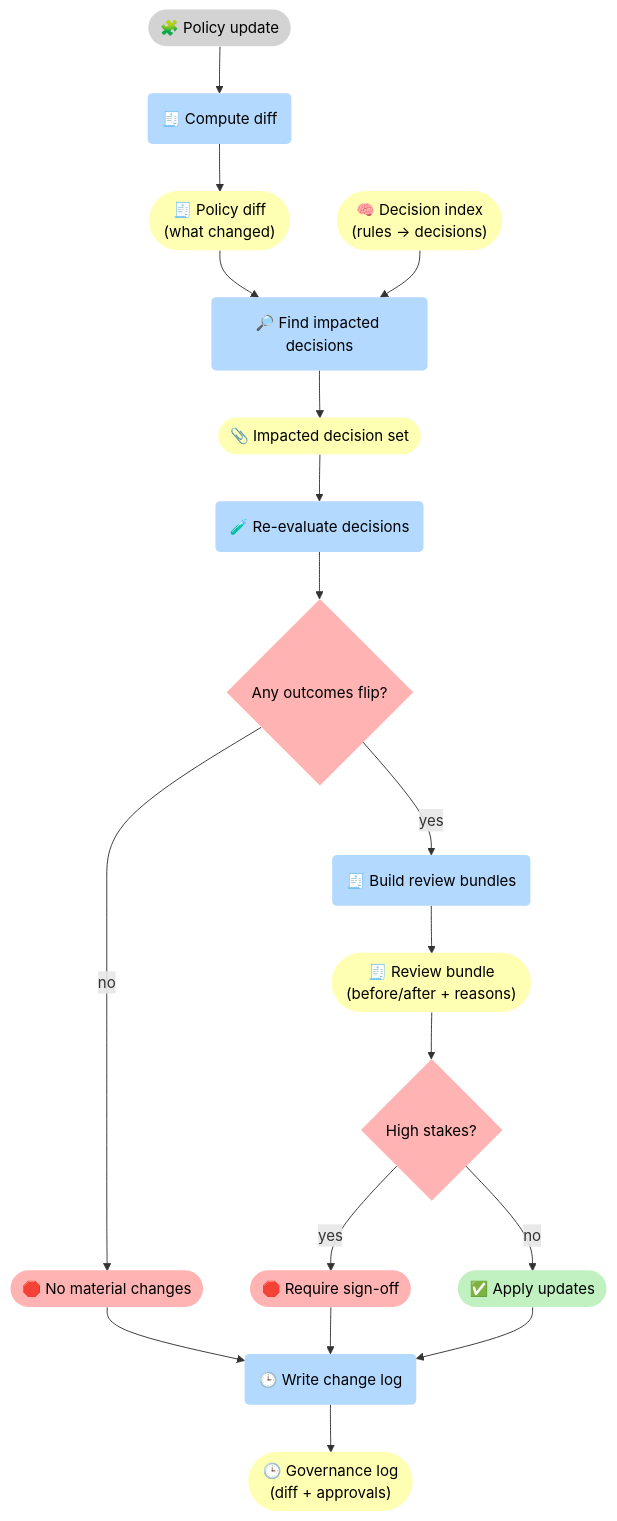
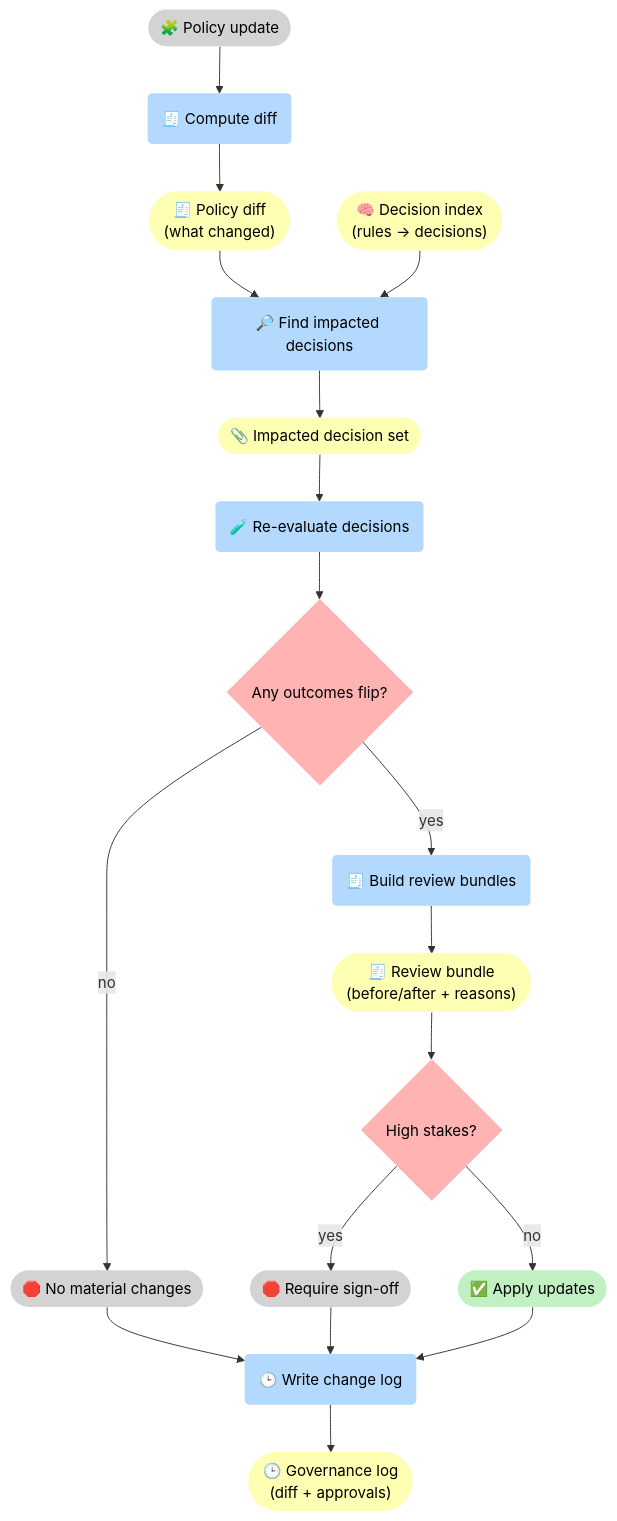
One commit to 5Reasons/5reasons.github.io changed the third of 3 diagrams in docs/case-studies/finance.md. Above: the diagram before and after it, drawn with Mermaid. The commit also changed other lines of this file and 14 other files, not shown here.

First line of the commit message:
Refactor diagrams and improve clarity in blog posts and case studies

````diff
--- a/docs/case-studies/finance.md
+++ b/docs/case-studies/finance.md
@@ -168,43 +168,43 @@
 ```mermaid
 flowchart TB
 %% Styles (brModel Standard)
 classDef i fill:#D3D3D3,stroke-width:0px,color:#000;
 classDef p fill:#B3D9FF,stroke-width:0px,color:#000;
 classDef r fill:#FFFFB3,stroke-width:0px,color:#000;
 classDef o fill:#C1F0C1,stroke-width:0px,color:#000;
 classDef s fill:#FFB3B3,stroke-width:0px,color:#000;
 
 I_Upd(["🧩 Policy update"]):::i
 P_Diff("🧾 Compute diff"):::p
 R_Diff(["🧾 Policy diff<br>(what changed)"]):::r
 
 P_Impact("🔎 Find impacted decisions"):::p
 R_Idx(["🧠 Decision index<br>(rules → decisions)"]):::r
 R_Set(["📎 Impacted decision set" ]):::r
 
 P_Reeval("🧪 Re-evaluate decisions"):::p
 G_Flip{"Any outcomes flip?"}:::s
 P_Pack("🧾 Build review bundles"):::p
 R_Bun(["🧾 Review bundle<br>(before/after + reasons)"]):::r
 
 G_Risk{"High stakes?"}:::s
-S_Sign(["🛑 Require sign-off" ]):::s
+S_Sign(["🛑 Require sign-off" ]):::i
 O_Apply(["✅ Apply updates" ]):::o
 
 P_Log("🕒 Write change log"):::p
 R_Log(["🕒 Governance log<br>(diff + approvals)"]):::r
 
-S_No(["🛑 No material changes" ]):::s
+S_No(["🛑 No material changes" ]):::i
 
 I_Upd --> P_Diff --> R_Diff --> P_Impact
 R_Idx --> P_Impact
 P_Impact --> R_Set --> P_Reeval --> G_Flip
 
 G_Flip -->|"no"| S_No --> P_Log
 G_Flip -->|"yes"| P_Pack --> R_Bun --> G_Risk
 
 G_Risk -->|"yes"| S_Sign --> P_Log
 G_Risk -->|"no"| O_Apply --> P_Log
 
 P_Log --> R_Log
 ```
````
